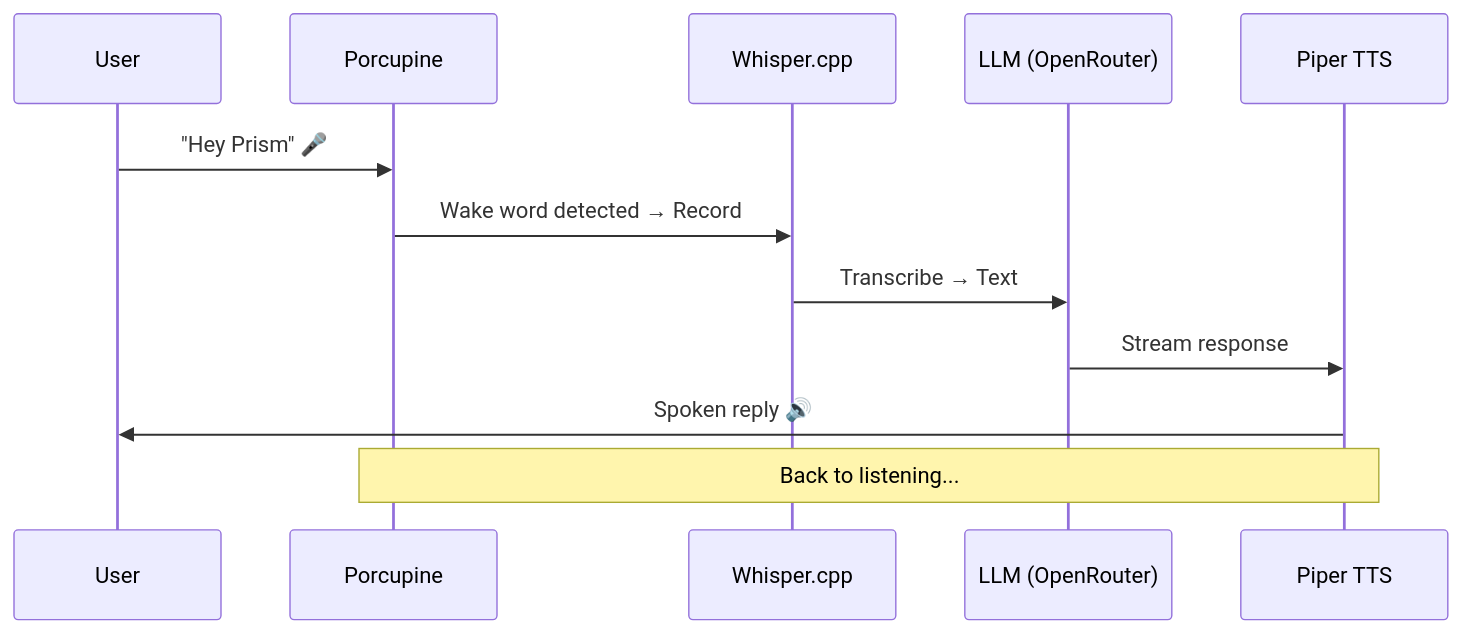
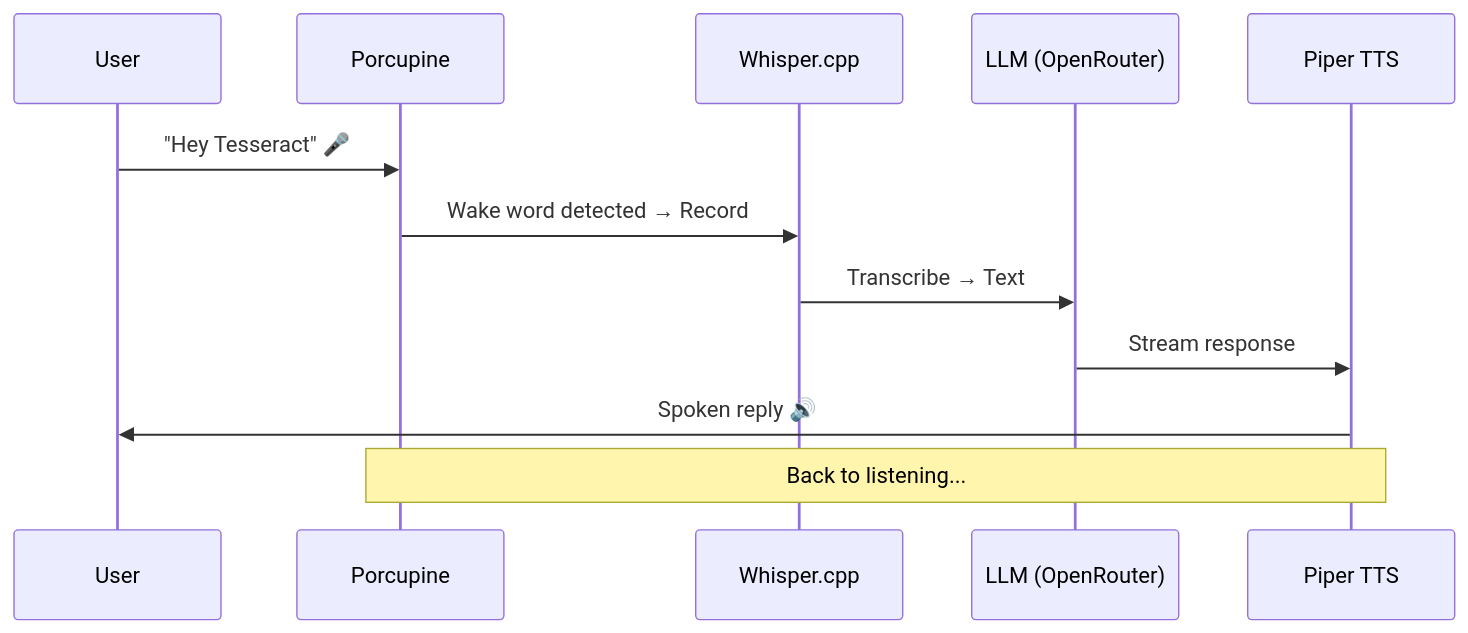
One commit to Dhrishit04/Prism_agent changed the second of 4 diagrams in README.md. Above: the diagram before and after it, drawn with Mermaid. The commit also changed other lines of this file and 34 other files, not shown here.

````diff
--- a/README.md
+++ b/README.md
@@ -80,15 +79,15 @@
 ```mermaid
 sequenceDiagram
     participant U as User
     participant P as Porcupine
     participant W as Whisper.cpp
     participant L as LLM (OpenRouter)
     participant T as Piper TTS
 
-    U->>P: "Hey Prism" 🎤
+    U->>P: "Hey Tesseract" 🎤
     P->>W: Wake word detected → Record
     W->>L: Transcribe → Text
     L->>T: Stream response
     T->>U: Spoken reply 🔊
     Note over P,T: Back to listening...
 ```
````
